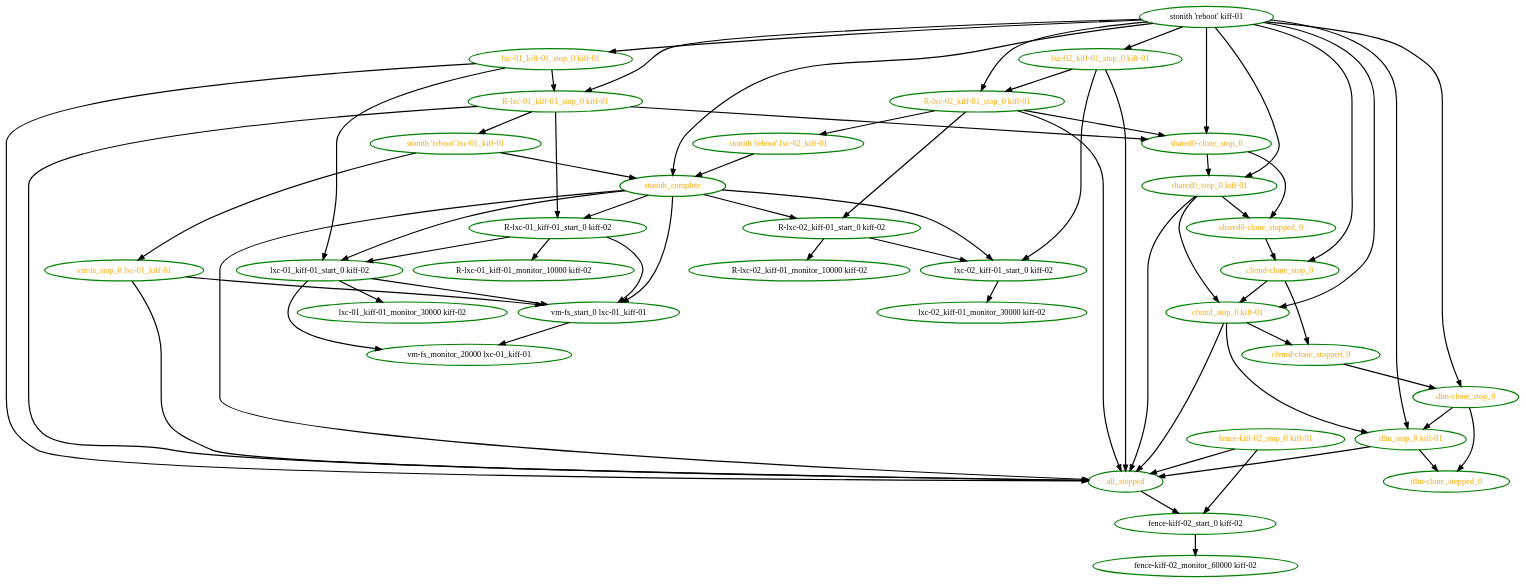
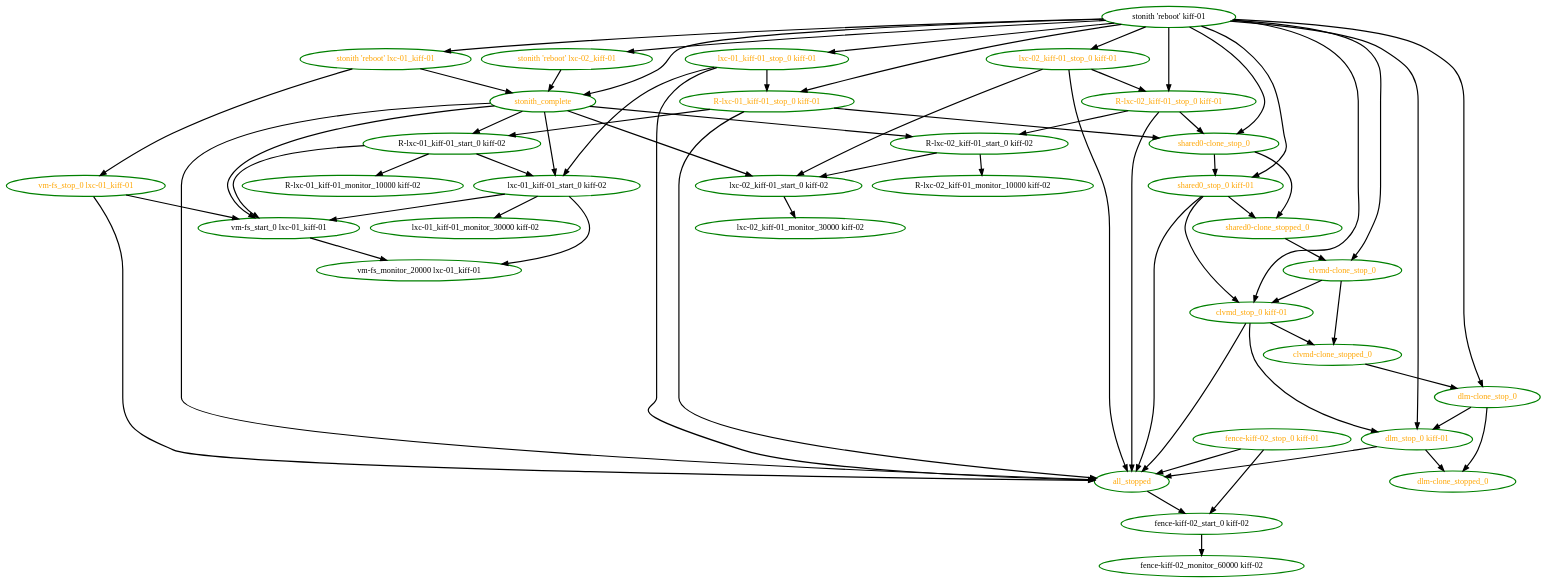
Before and after one commit to ClusterLabs/pacemaker: the diagram in pengine/test10/whitebox-imply-stop-on-fence.dot, drawn with Graphviz. The commit also changed 4 other files, not shown here.

```diff
--- a/pengine/test10/whitebox-imply-stop-on-fence.dot
+++ b/pengine/test10/whitebox-imply-stop-on-fence.dot
@@ -1,100 +1,100 @@
  digraph "g" {
 "R-lxc-01_kiff-01_monitor_10000 kiff-02" [ style=bold color="green" fontcolor="black"]
 "R-lxc-01_kiff-01_start_0 kiff-02" -> "R-lxc-01_kiff-01_monitor_10000 kiff-02" [ style = bold]
 "R-lxc-01_kiff-01_start_0 kiff-02" -> "lxc-01_kiff-01_start_0 kiff-02" [ style = bold]
 "R-lxc-01_kiff-01_start_0 kiff-02" -> "vm-fs_start_0 lxc-01_kiff-01" [ style = bold]
 "R-lxc-01_kiff-01_start_0 kiff-02" [ style=bold color="green" fontcolor="black"]
 "R-lxc-01_kiff-01_stop_0 kiff-01" -> "R-lxc-01_kiff-01_start_0 kiff-02" [ style = bold]
 "R-lxc-01_kiff-01_stop_0 kiff-01" -> "all_stopped" [ style = bold]
 "R-lxc-01_kiff-01_stop_0 kiff-01" -> "shared0-clone_stop_0" [ style = bold]
-"R-lxc-01_kiff-01_stop_0 kiff-01" -> "stonith 'reboot' lxc-01_kiff-01" [ style = bold]
 "R-lxc-01_kiff-01_stop_0 kiff-01" [ style=bold color="green" fontcolor="orange"]
 "R-lxc-02_kiff-01_monitor_10000 kiff-02" [ style=bold color="green" fontcolor="black"]
 "R-lxc-02_kiff-01_start_0 kiff-02" -> "R-lxc-02_kiff-01_monitor_10000 kiff-02" [ style = bold]
 "R-lxc-02_kiff-01_start_0 kiff-02" -> "lxc-02_kiff-01_start_0 kiff-02" [ style = bold]
 "R-lxc-02_kiff-01_start_0 kiff-02" [ style=bold color="green" fontcolor="black"]
 "R-lxc-02_kiff-01_stop_0 kiff-01" -> "R-lxc-02_kiff-01_start_0 kiff-02" [ style = bold]
 "R-lxc-02_kiff-01_stop_0 kiff-01" -> "all_stopped" [ style = bold]
 "R-lxc-02_kiff-01_stop_0 kiff-01" -> "shared0-clone_stop_0" [ style = bold]
-"R-lxc-02_kiff-01_stop_0 kiff-01" -> "stonith 'reboot' lxc-02_kiff-01" [ style = bold]
 "R-lxc-02_kiff-01_stop_0 kiff-01" [ style=bold color="green" fontcolor="orange"]
 "all_stopped" -> "fence-kiff-02_start_0 kiff-02" [ style = bold]
 "all_stopped" [ style=bold color="green" fontcolor="orange"]
 "clvmd-clone_stop_0" -> "clvmd-clone_stopped_0" [ style = bold]
 "clvmd-clone_stop_0" -> "clvmd_stop_0 kiff-01" [ style = bold]
 "clvmd-clone_stop_0" [ style=bold color="green" fontcolor="orange"]
 "clvmd-clone_stopped_0" -> "dlm-clone_stop_0" [ style = bold]
 "clvmd-clone_stopped_0" [ style=bold color="green" fontcolor="orange"]
 "clvmd_stop_0 kiff-01" -> "all_stopped" [ style = bold]
 "clvmd_stop_0 kiff-01" -> "clvmd-clone_stopped_0" [ style = bold]
 "clvmd_stop_0 kiff-01" -> "dlm_stop_0 kiff-01" [ style = bold]
 "clvmd_stop_0 kiff-01" [ style=bold color="green" fontcolor="orange"]
 "dlm-clone_stop_0" -> "dlm-clone_stopped_0" [ style = bold]
 "dlm-clone_stop_0" -> "dlm_stop_0 kiff-01" [ style = bold]
 "dlm-clone_stop_0" [ style=bold color="green" fontcolor="orange"]
 "dlm-clone_stopped_0" [ style=bold color="green" fontcolor="orange"]
 "dlm_stop_0 kiff-01" -> "all_stopped" [ style = bold]
 "dlm_stop_0 kiff-01" -> "dlm-clone_stopped_0" [ style = bold]
 "dlm_stop_0 kiff-01" [ style=bold color="green" fontcolor="orange"]
 "fence-kiff-02_monitor_60000 kiff-02" [ style=bold color="green" fontcolor="black"]
 "fence-kiff-02_start_0 kiff-02" -> "fence-kiff-02_monitor_60000 kiff-02" [ style = bold]
 "fence-kiff-02_start_0 kiff-02" [ style=bold color="green" fontcolor="black"]
 "fence-kiff-02_stop_0 kiff-01" -> "all_stopped" [ style = bold]
 "fence-kiff-02_stop_0 kiff-01" -> "fence-kiff-02_start_0 kiff-02" [ style = bold]
 "fence-kiff-02_stop_0 kiff-01" [ style=bold color="green" fontcolor="orange"]
 "lxc-01_kiff-01_monitor_30000 kiff-02" [ style=bold color="green" fontcolor="black"]
 "lxc-01_kiff-01_start_0 kiff-02" -> "lxc-01_kiff-01_monitor_30000 kiff-02" [ style = bold]
 "lxc-01_kiff-01_start_0 kiff-02" -> "vm-fs_monitor_20000 lxc-01_kiff-01" [ style = bold]
 "lxc-01_kiff-01_start_0 kiff-02" -> "vm-fs_start_0 lxc-01_kiff-01" [ style = bold]
 "lxc-01_kiff-01_start_0 kiff-02" [ style=bold color="green" fontcolor="black"]
 "lxc-01_kiff-01_stop_0 kiff-01" -> "R-lxc-01_kiff-01_stop_0 kiff-01" [ style = bold]
 "lxc-01_kiff-01_stop_0 kiff-01" -> "all_stopped" [ style = bold]
 "lxc-01_kiff-01_stop_0 kiff-01" -> "lxc-01_kiff-01_start_0 kiff-02" [ style = bold]
 "lxc-01_kiff-01_stop_0 kiff-01" [ style=bold color="green" fontcolor="orange"]
 "lxc-02_kiff-01_monitor_30000 kiff-02" [ style=bold color="green" fontcolor="black"]
 "lxc-02_kiff-01_start_0 kiff-02" -> "lxc-02_kiff-01_monitor_30000 kiff-02" [ style = bold]
 "lxc-02_kiff-01_start_0 kiff-02" [ style=bold color="green" fontcolor="black"]
 "lxc-02_kiff-01_stop_0 kiff-01" -> "R-lxc-02_kiff-01_stop_0 kiff-01" [ style = bold]
 "lxc-02_kiff-01_stop_0 kiff-01" -> "all_stopped" [ style = bold]
 "lxc-02_kiff-01_stop_0 kiff-01" -> "lxc-02_kiff-01_start_0 kiff-02" [ style = bold]
 "lxc-02_kiff-01_stop_0 kiff-01" [ style=bold color="green" fontcolor="orange"]
 "shared0-clone_stop_0" -> "shared0-clone_stopped_0" [ style = bold]
 "shared0-clone_stop_0" -> "shared0_stop_0 kiff-01" [ style = bold]
 "shared0-clone_stop_0" [ style=bold color="green" fontcolor="orange"]
 "shared0-clone_stopped_0" -> "clvmd-clone_stop_0" [ style = bold]
 "shared0-clone_stopped_0" [ style=bold color="green" fontcolor="orange"]
 "shared0_stop_0 kiff-01" -> "all_stopped" [ style = bold]
 "shared0_stop_0 kiff-01" -> "clvmd_stop_0 kiff-01" [ style = bold]
 "shared0_stop_0 kiff-01" -> "shared0-clone_stopped_0" [ style = bold]
 "shared0_stop_0 kiff-01" [ style=bold color="green" fontcolor="orange"]
 "stonith 'reboot' kiff-01" -> "R-lxc-01_kiff-01_stop_0 kiff-01" [ style = bold]
 "stonith 'reboot' kiff-01" -> "R-lxc-02_kiff-01_stop_0 kiff-01" [ style = bold]
 "stonith 'reboot' kiff-01" -> "clvmd-clone_stop_0" [ style = bold]
 "stonith 'reboot' kiff-01" -> "clvmd_stop_0 kiff-01" [ style = bold]
 "stonith 'reboot' kiff-01" -> "dlm-clone_stop_0" [ style = bold]
 "stonith 'reboot' kiff-01" -> "dlm_stop_0 kiff-01" [ style = bold]
 "stonith 'reboot' kiff-01" -> "lxc-01_kiff-01_stop_0 kiff-01" [ style = bold]
 "stonith 'reboot' kiff-01" -> "lxc-02_kiff-01_stop_0 kiff-01" [ style = bold]
 "stonith 'reboot' kiff-01" -> "shared0-clone_stop_0" [ style = bold]
 "stonith 'reboot' kiff-01" -> "shared0_stop_0 kiff-01" [ style = bold]
+"stonith 'reboot' kiff-01" -> "stonith 'reboot' lxc-01_kiff-01" [ style = bold]
+"stonith 'reboot' kiff-01" -> "stonith 'reboot' lxc-02_kiff-01" [ style = bold]
 "stonith 'reboot' kiff-01" -> "stonith_complete" [ style = bold]
 "stonith 'reboot' kiff-01" [ style=bold color="green" fontcolor="black"]
 "stonith 'reboot' lxc-01_kiff-01" -> "stonith_complete" [ style = bold]
 "stonith 'reboot' lxc-01_kiff-01" -> "vm-fs_stop_0 lxc-01_kiff-01" [ style = bold]
 "stonith 'reboot' lxc-01_kiff-01" [ style=bold color="green" fontcolor="orange"]
 "stonith 'reboot' lxc-02_kiff-01" -> "stonith_complete" [ style = bold]
 "stonith 'reboot' lxc-02_kiff-01" [ style=bold color="green" fontcolor="orange"]
 "stonith_complete" -> "R-lxc-01_kiff-01_start_0 kiff-02" [ style = bold]
 "stonith_complete" -> "R-lxc-02_kiff-01_start_0 kiff-02" [ style = bold]
 "stonith_complete" -> "all_stopped" [ style = bold]
 "stonith_complete" -> "lxc-01_kiff-01_start_0 kiff-02" [ style = bold]
 "stonith_complete" -> "lxc-02_kiff-01_start_0 kiff-02" [ style = bold]
 "stonith_complete" -> "vm-fs_start_0 lxc-01_kiff-01" [ style = bold]
 "stonith_complete" [ style=bold color="green" fontcolor="orange"]
 "vm-fs_monitor_20000 lxc-01_kiff-01" [ style=bold color="green" fontcolor="black"]
 "vm-fs_start_0 lxc-01_kiff-01" -> "vm-fs_monitor_20000 lxc-01_kiff-01" [ style = bold]
 "vm-fs_start_0 lxc-01_kiff-01" [ style=bold color="green" fontcolor="black"]
 "vm-fs_stop_0 lxc-01_kiff-01" -> "all_stopped" [ style = bold]
 "vm-fs_stop_0 lxc-01_kiff-01" -> "vm-fs_start_0 lxc-01_kiff-01" [ style = bold]
 "vm-fs_stop_0 lxc-01_kiff-01" [ style=bold color="green" fontcolor="orange"]
 }
```
